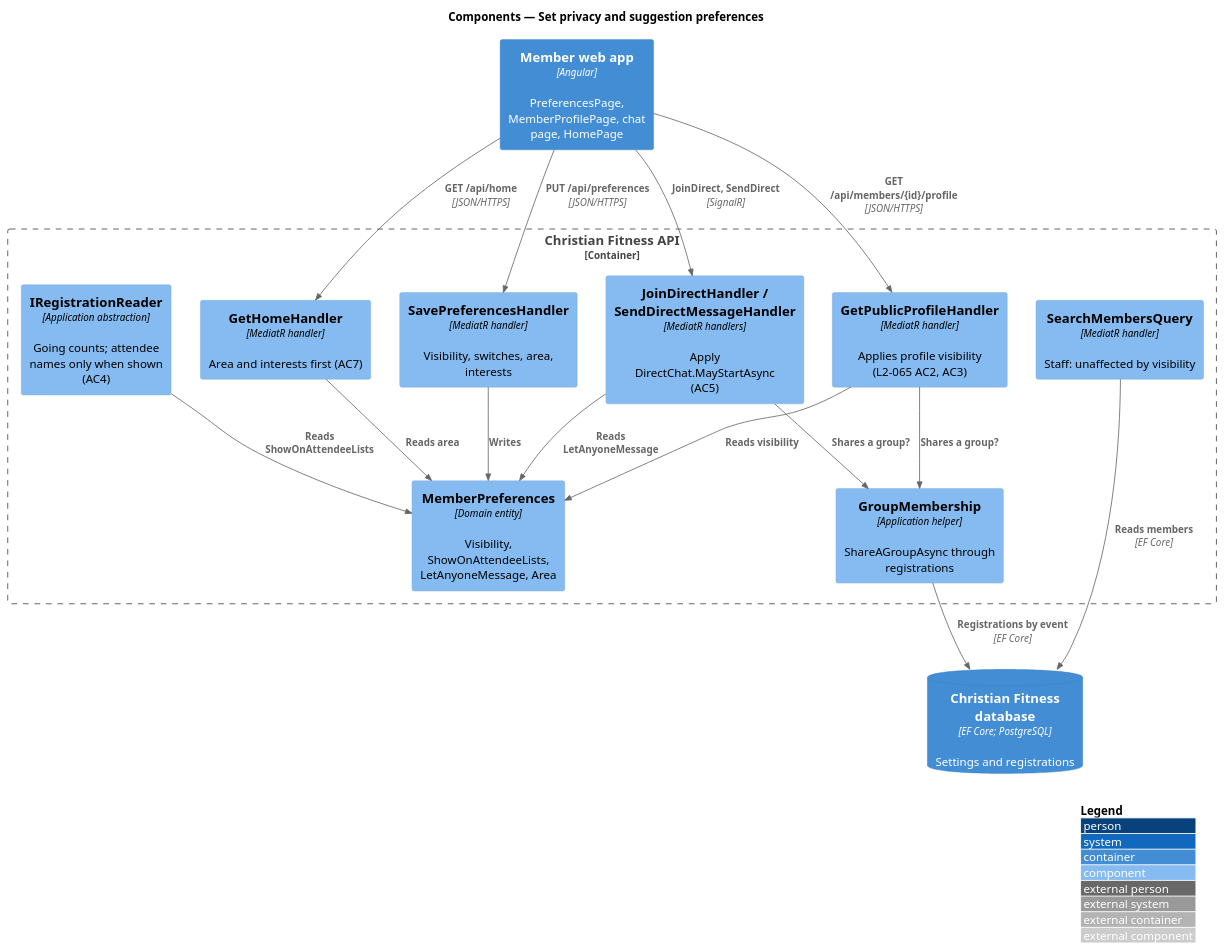
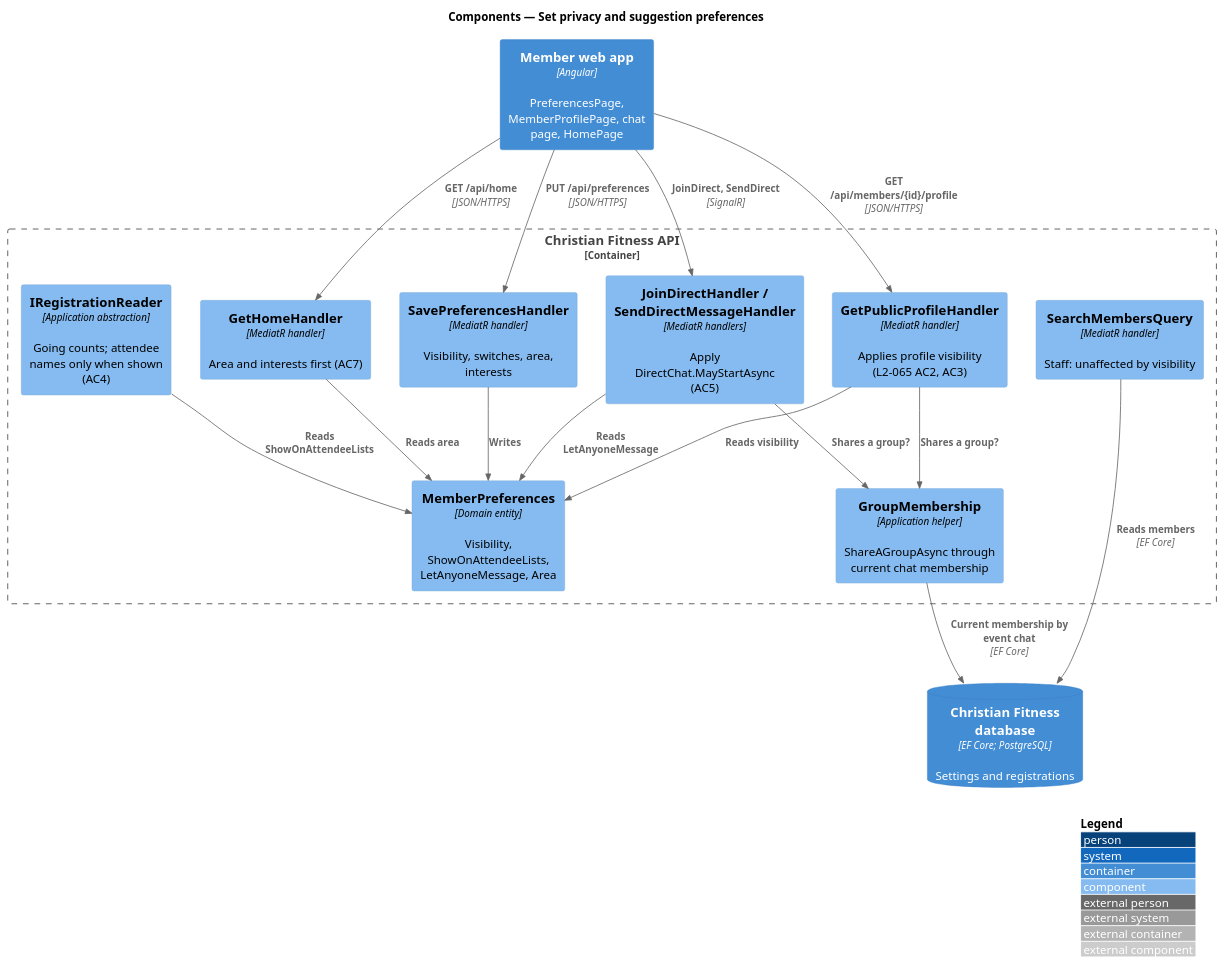
Before and after one commit to QuinntyneBrown/christian-fitness: the diagram in docs/detailed-designs/preferences/set-privacy-and-suggestion-preferences/diagrams/c4-component.puml, drawn with PlantUML. The commit also changed 45 other files, not shown here.

```diff
--- a/docs/detailed-designs/preferences/set-privacy-and-suggestion-preferences/diagrams/c4-component.puml
+++ b/docs/detailed-designs/preferences/set-privacy-and-suggestion-preferences/diagrams/c4-component.puml
@@ -1,31 +1,31 @@
 @startuml
 !include <C4/C4_Component>
 LAYOUT_WITH_LEGEND()
 title Components — Set privacy and suggestion preferences
 
 Container(web, "Member web app", "Angular", "PreferencesPage, MemberProfilePage, chat page, HomePage")
 Container_Boundary(api, "Christian Fitness API") {
   Component(save, "SavePreferencesHandler", "MediatR handler", "Visibility, switches, area, interests")
   Component(profile, "GetPublicProfileHandler", "MediatR handler", "Applies profile visibility (L2-065 AC2, AC3)")
   Component(direct, "JoinDirectHandler / SendDirectMessageHandler", "MediatR handlers", "Apply DirectChat.MayStartAsync (AC5)")
   Component(attend, "IRegistrationReader", "Application abstraction", "Going counts; attendee names only when shown (AC4)")
   Component(home, "GetHomeHandler", "MediatR handler", "Area and interests first (AC7)")
-  Component(groups, "GroupMembership", "Application helper", "ShareAGroupAsync through registrations")
+  Component(groups, "GroupMembership", "Application helper", "ShareAGroupAsync through current chat membership")
   Component(prefs, "MemberPreferences", "Domain entity", "Visibility, ShowOnAttendeeLists, LetAnyoneMessage, Area")
   Component(adminq, "SearchMembersQuery", "MediatR handler", "Staff: unaffected by visibility")
 }
 ContainerDb(db, "Christian Fitness database", "EF Core; PostgreSQL", "Settings and registrations")
 Rel(web, save, "PUT /api/preferences", "JSON/HTTPS")
 Rel(web, profile, "GET /api/members/{id}/profile", "JSON/HTTPS")
 Rel(web, direct, "JoinDirect, SendDirect", "SignalR")
 Rel(web, home, "GET /api/home", "JSON/HTTPS")
 Rel(save, prefs, "Writes")
 Rel(profile, prefs, "Reads visibility")
 Rel(profile, groups, "Shares a group?")
 Rel(direct, prefs, "Reads LetAnyoneMessage")
 Rel(direct, groups, "Shares a group?")
 Rel(attend, prefs, "Reads ShowOnAttendeeLists")
 Rel(home, prefs, "Reads area")
-Rel(groups, db, "Registrations by event", "EF Core")
+Rel(groups, db, "Current membership by event chat", "EF Core")
 Rel(adminq, db, "Reads members", "EF Core")
 @enduml
```
